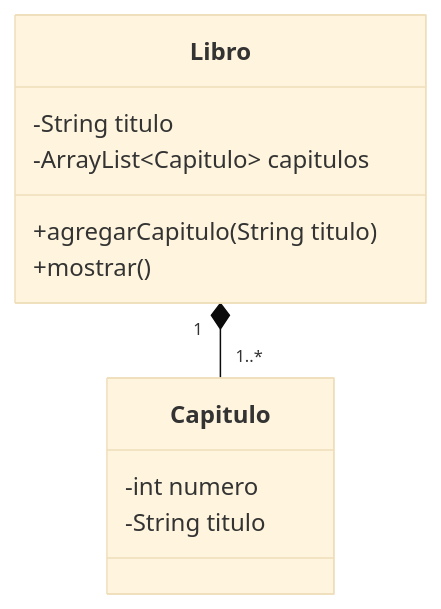
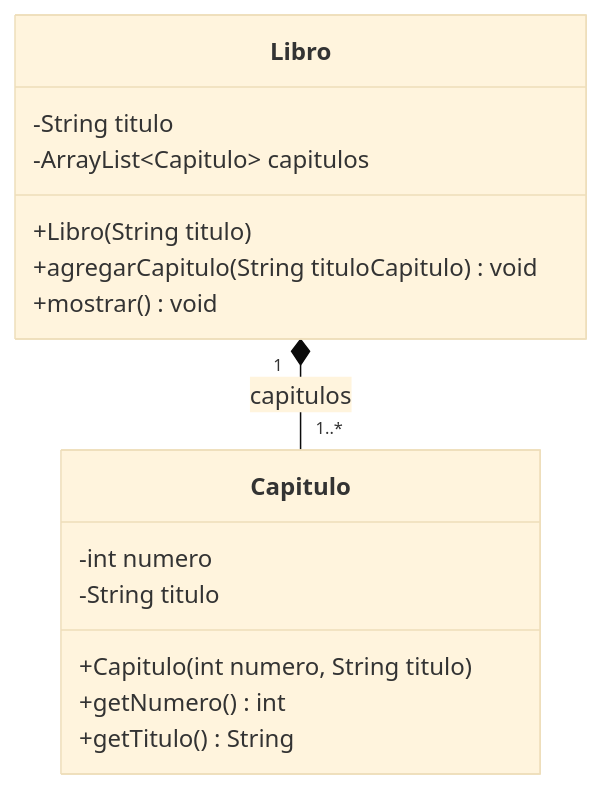
One commit to CursosProgramacionEP/USIL_SEMANA09 changed the fifth of 6 diagrams in EJERCICIOS_CLASE.md. Above: the diagram before and after it, drawn with Mermaid (base theme). The commit also changed other lines of this file, not shown here.

Commit message:
Prácticas: diagramas UML completos (atributos, constructores, getters y métodos)

````diff
--- a/EJERCICIOS_CLASE.md
+++ b/EJERCICIOS_CLASE.md
@@ -199,14 +218,18 @@
 ```mermaid
 classDiagram
     class Libro {
         -String titulo
         -ArrayList~Capitulo~ capitulos
-        +agregarCapitulo(String titulo)
-        +mostrar()
+        +Libro(String titulo)
+        +agregarCapitulo(String tituloCapitulo) void
+        +mostrar() void
     }
     class Capitulo {
         -int numero
         -String titulo
+        +Capitulo(int numero, String titulo)
+        +getNumero() int
+        +getTitulo() String
     }
-    Libro "1" *-- "1..*" Capitulo
+    Libro "1" *-- "1..*" Capitulo : capitulos
 ```
````
